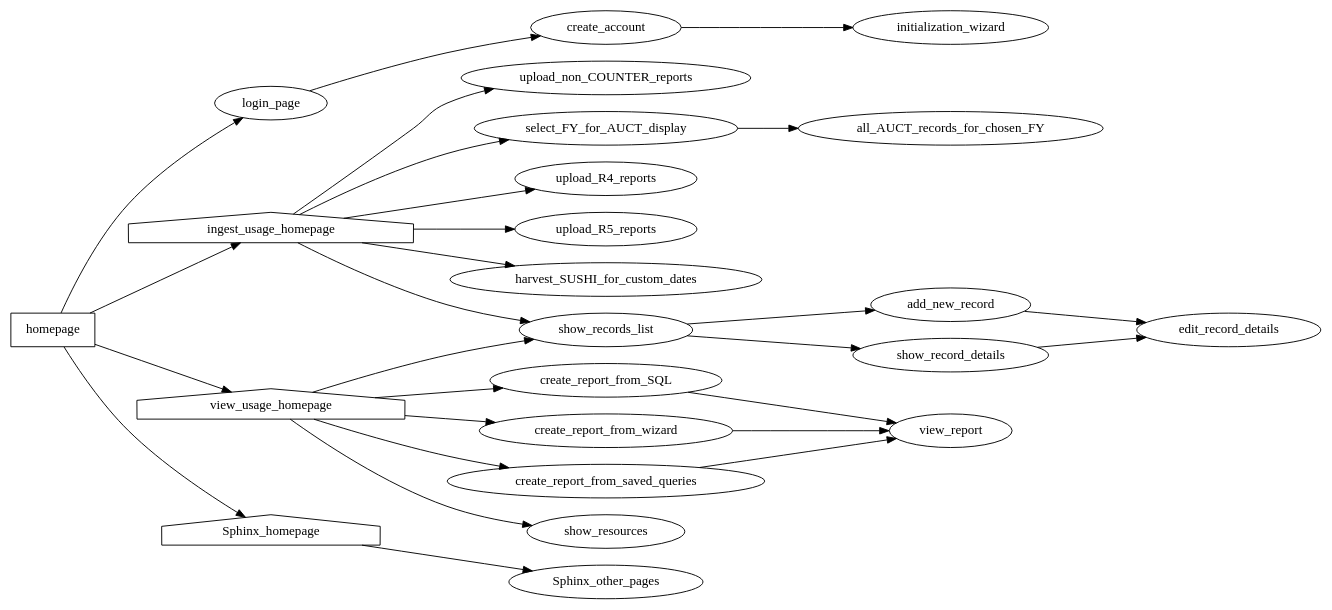
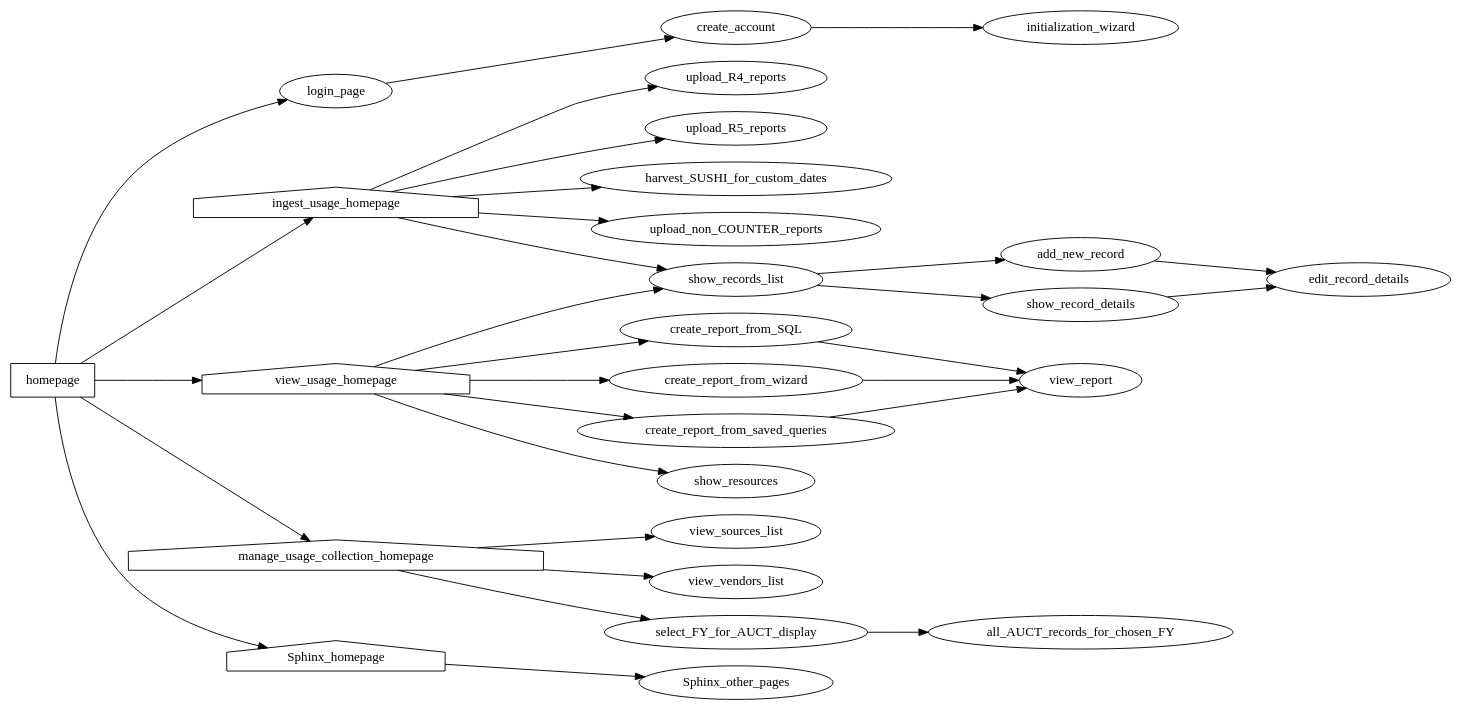
The diagram in docs/source/sitemap.dot (ereiskind/nolcat), drawn with Graphviz before and after one commit. The commit also changed 2 other files, not shown here.

Commit message:
Create `annual_stats` blueprint

```diff
--- a/docs/source/sitemap.dot
+++ b/docs/source/sitemap.dot
@@ -1,93 +1,96 @@
 digraph nolcat_sitemap {
     /* *** NoLCAT SITEMAP *** */
     rankdir=LR
 
 
     /* *** Main NoLCAT Folder *** */
     homepage [shape="box"]
         homepage -> login_page
         homepage -> ingest_usage_homepage
+        homepage -> manage_usage_collection_homepage
         homepage -> view_usage_homepage
         homepage -> Sphinx_homepage
     
 
     /* *** `login` Blueprint *** */
     login_page
         login_page -> create_account
     // Account creation may not be needed--a single set of credentials for each user type may be created instead
     create_account
         create_account -> initialization_wizard // Page in `ingest` section; linkage because program will request data for database initialization upon creation of first account
     // And any other pages needed for authentication
 
 
     /* *** `initialization` Blueprint *** */
     initialization_wizard
 
 
     /* *** `ingest_usage` Blueprint *** */
     ingest_usage_homepage [shape="house"]
         ingest_usage_homepage -> upload_R4_reports
         ingest_usage_homepage -> upload_R5_reports
         ingest_usage_homepage -> harvest_SUSHI_for_custom_dates
         ingest_usage_homepage -> upload_non_COUNTER_reports
     upload_R4_reports
     upload_R5_reports
     harvest_SUSHI_for_custom_dates
     upload_non_COUNTER_reports
+
+
+    /* *** `annual_stats` Blueprint *** */
+    manage_usage_collection_homepage [shape="house"]
+        manage_usage_collection_homepage -> view_sources_list // For StatisticsSources and ResourceSources
+        manage_usage_collection_homepage -> view_vendors_list
+        manage_usage_collection_homepage -> select_FY_for_AUCT_display
+    select_FY_for_AUCT_display
+        select_FY_for_AUCT_display -> all_AUCT_records_for_chosen_FY
+    all_AUCT_records_for_chosen_FY
     
 
 
 
 
     /* ******************************************************************************************* */
     
 
 
     /* *** `ingest` Blueprint *** */
     ingest_usage_homepage [shape="house"]
 
         ingest_usage_homepage -> show_records_list
-        ingest_usage_homepage -> select_FY_for_AUCT_display
-    
-    
-
-    // Pages for viewing status of usage collection for a given FY
-    select_FY_for_AUCT_display
-        select_FY_for_AUCT_display -> all_AUCT_records_for_chosen_FY
-    all_AUCT_records_for_chosen_FY
-
+   
 
     /* *** `view` Blueprint *** */
     view_usage_homepage [shape="house"]
         view_usage_homepage -> create_report_from_SQL
         view_usage_homepage -> create_report_from_wizard
         view_usage_homepage -> create_report_from_saved_queries
         view_usage_homepage -> show_records_list
         view_usage_homepage -> show_resources
     show_resources // Meaning the items in the resources table
     
     // Pages for Querying and Displaying Usage Data
     create_report_from_SQL // Runs a custom SQL statement against the database
         create_report_from_SQL -> view_report
     create_report_from_wizard // GUI options are used to write SQL behind the scenes
         create_report_from_wizard -> view_report
     create_report_from_saved_queries // SQL statements that are either complete or only ask for one input for commonly asked questions
         create_report_from_saved_queries -> view_report
     view_report
 
     // Pages for Viewing, Adding, and Editing Records to a Relation
     show_records_list
         show_records_list -> add_new_record
         show_records_list -> show_record_details
     add_new_record
         add_new_record -> edit_record_details // To provide info for the new record
     show_record_details
         show_record_details -> edit_record_details
     edit_record_details // Includes adding or editing notes
 
 
     /* *** Sphinx *** */
     Sphinx_homepage [shape="house"]
         Sphinx_homepage -> Sphinx_other_pages
     Sphinx_other_pages // Use Sphinx itself for site organization
 }
```
